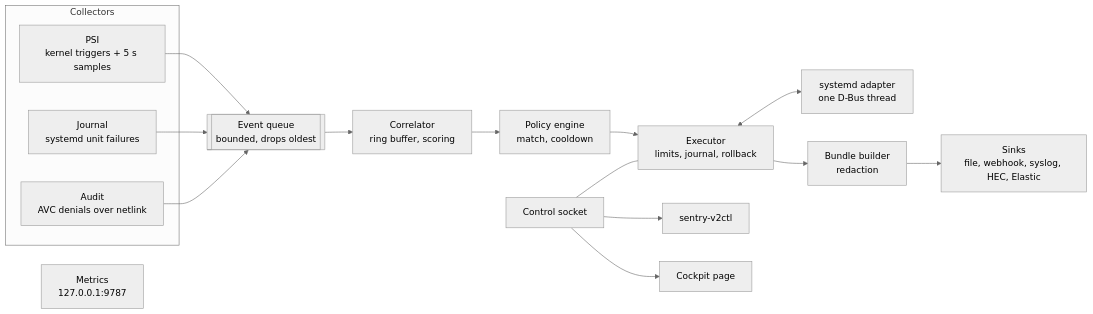
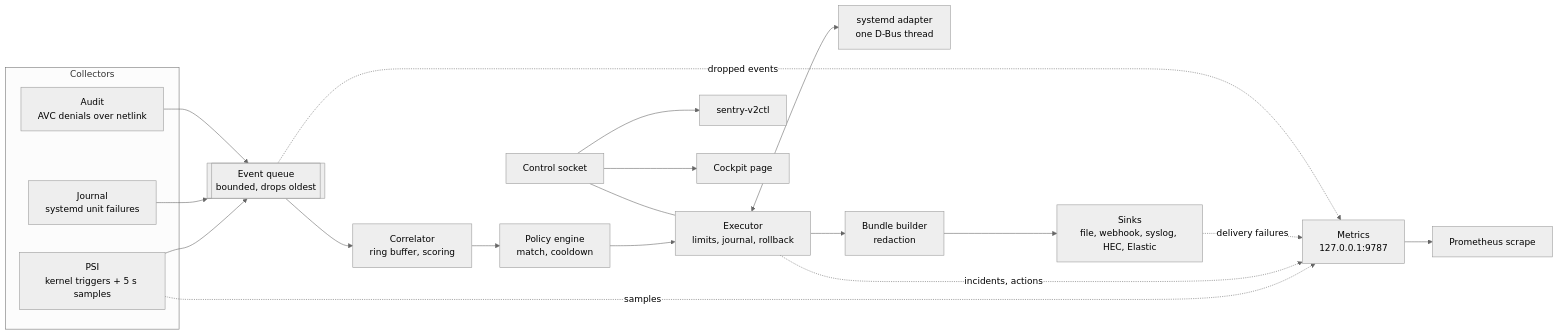
Before and after one commit to jamesconwaydev/sentry-v2: the diagram in docs/architecture.md, drawn with Mermaid (neutral theme). The commit also changed 11 other files, not shown here.

````diff
--- a/docs/architecture.md
+++ b/docs/architecture.md
@@ -7,26 +7,31 @@
 ```mermaid
 flowchart LR
     subgraph Collectors
         PSI["PSI<br/>kernel triggers + 5 s samples"]
         J["Journal<br/>systemd unit failures"]
         A["Audit<br/>AVC denials over netlink"]
     end
     Q[["Event queue<br/>bounded, drops oldest"]]
     C["Correlator<br/>ring buffer, scoring"]
     P["Policy engine<br/>match, cooldown"]
     E["Executor<br/>limits, journal, rollback"]
     S["systemd adapter<br/>one D-Bus thread"]
     B["Bundle builder<br/>redaction"]
     K["Sinks<br/>file, webhook, syslog, HEC, Elastic"]
     CS["Control socket"]
     M["Metrics<br/>127.0.0.1:9787"]
     PSI --> Q
     J --> Q
     A --> Q
     Q --> C --> P --> E
     E <--> S
     E --> B --> K
     CS --- E
     CS --> CLI["sentry-v2ctl"]
     CS --> CP["Cockpit page"]
+    PSI -. samples .-> M
+    E -. incidents, actions .-> M
+    K -. delivery failures .-> M
+    Q -. dropped events .-> M
+    M --> PR["Prometheus scrape"]
 ```
````
